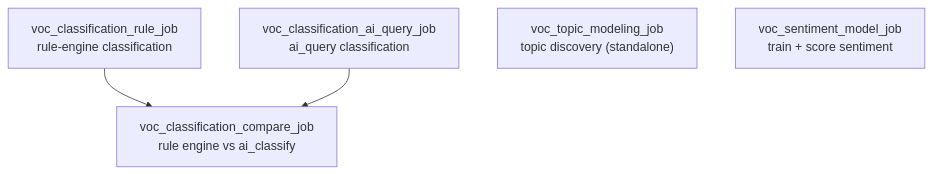
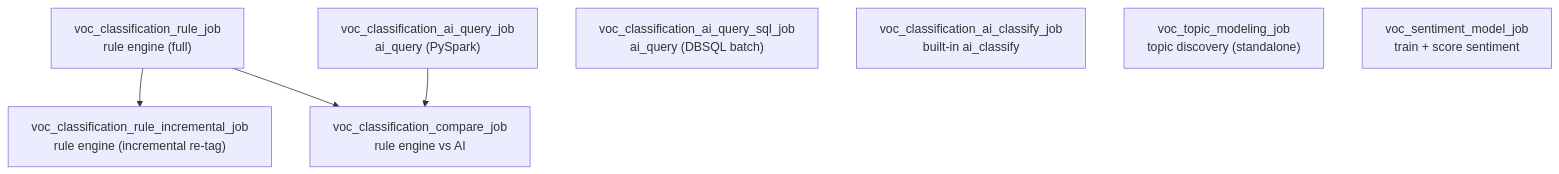
The second of 2 diagrams in README.md (dariakrasavina/GM_VOC), drawn with Mermaid before and after one commit. The commit also changed other lines of this file and 13 other files, not shown here.

First line of the commit message:
Add incremental rule-tagging track; refresh docs; POC summary deck

````diff
--- a/README.md
+++ b/README.md
@@ -121,11 +133,15 @@
 ```mermaid
 flowchart TB
-    RE["voc_classification_rule_job<br/>rule-engine classification"]
-    AI["voc_classification_ai_query_job<br/>ai_query classification"]
-    CMP["voc_classification_compare_job<br/>rule engine vs ai_classify"]
+    RE["voc_classification_rule_job<br/>rule engine (full)"]
+    INC["voc_classification_rule_incremental_job<br/>rule engine (incremental re-tag)"]
+    AIQ["voc_classification_ai_query_job<br/>ai_query (PySpark)"]
+    AIS["voc_classification_ai_query_sql_job<br/>ai_query (DBSQL batch)"]
+    AIC["voc_classification_ai_classify_job<br/>built-in ai_classify"]
+    CMP["voc_classification_compare_job<br/>rule engine vs AI"]
     TM["voc_topic_modeling_job<br/>topic discovery (standalone)"]
     SENT["voc_sentiment_model_job<br/>train + score sentiment"]
 
+    RE --> INC
     RE --> CMP
-    AI --> CMP
+    AIQ --> CMP
 ```
````
